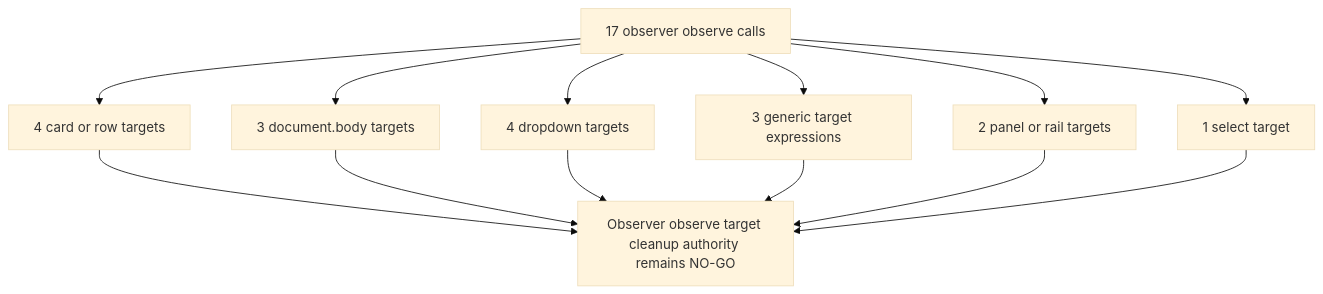
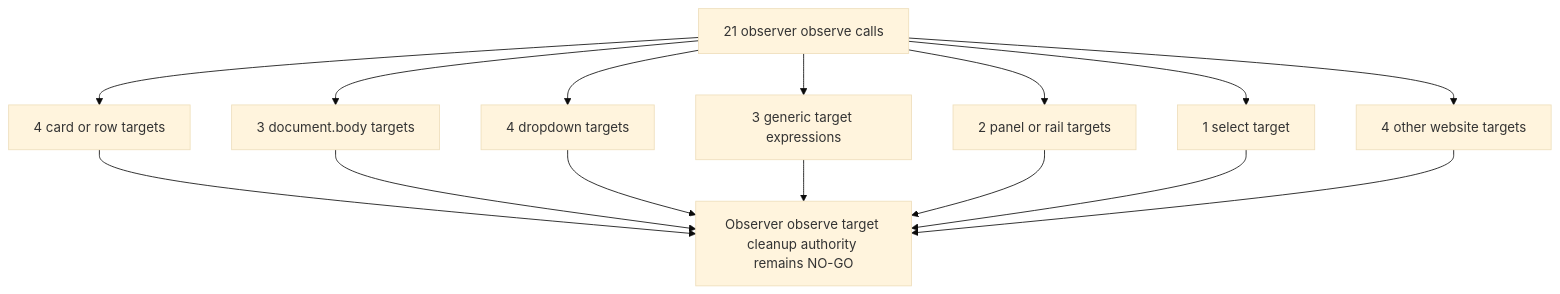
One commit to varshneydevansh/FilterTube changed diagram 11 of 47 in docs/audit/FILTERTUBE_LIFECYCLE_INSTANCE_REGISTER_2026-05-18.md. Above: the diagram before and after it, drawn with Mermaid (base theme). The commit also changed other lines of this file and 8 other files, not shown here.

````diff
--- a/docs/audit/FILTERTUBE_LIFECYCLE_INSTANCE_REGISTER_2026-05-18.md
+++ b/docs/audit/FILTERTUBE_LIFECYCLE_INSTANCE_REGISTER_2026-05-18.md
@@ -1006,15 +1011,17 @@
 ```mermaid
 flowchart TD
-  A["17 observer observe calls"] --> B["4 card or row targets"]
+  A["21 observer observe calls"] --> B["4 card or row targets"]
   A --> C["3 document.body targets"]
   A --> D["4 dropdown targets"]
   A --> E["3 generic target expressions"]
   A --> F["2 panel or rail targets"]
   A --> G["1 select target"]
+  A --> Z["4 other website targets"]
   B --> H["Observer observe target cleanup authority remains NO-GO"]
   C --> H
   D --> H
   E --> H
   F --> H
   G --> H
+  Z --> H
 ```
````
